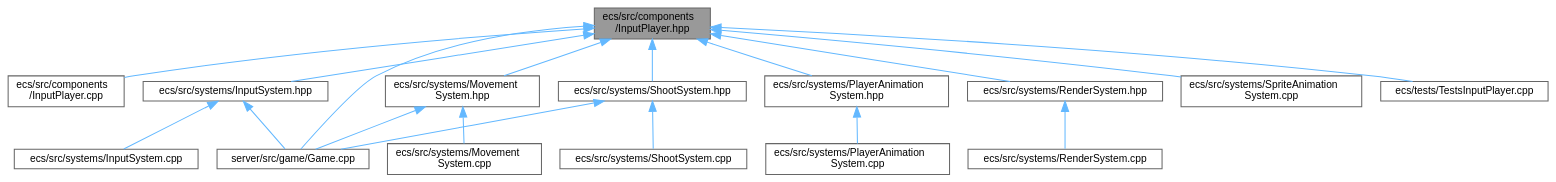
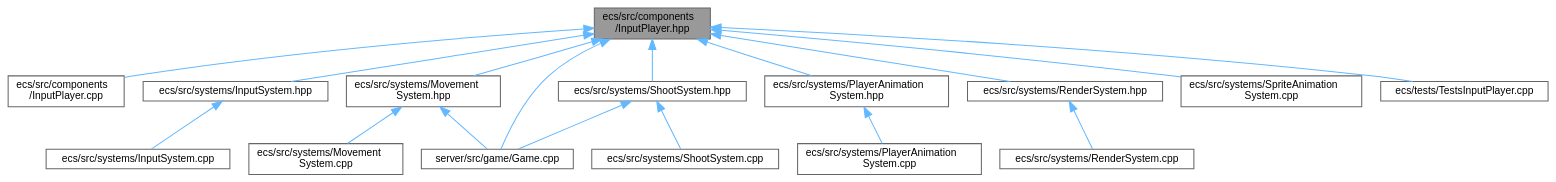
The diagram in InputPlayer_8hpp__dep__incl.dot (Houpsi/R-Type), drawn with Graphviz before and after one commit. The commit also changed 285 other files, not shown here.

```diff
--- a/InputPlayer_8hpp__dep__incl.dot
+++ b/InputPlayer_8hpp__dep__incl.dot
@@ -1,39 +1,38 @@
 digraph "ecs/src/components/InputPlayer.hpp"
 {
  // LATEX_PDF_SIZE
   bgcolor="transparent";
   edge [fontname=Helvetica,fontsize=10,labelfontname=Helvetica,labelfontsize=10];
   node [fontname=Helvetica,fontsize=10,shape=box,height=0.2,width=0.4];
   Node1 [id="Node000001",label="ecs/src/components\l/InputPlayer.hpp",height=0.2,width=0.4,color="gray40", fillcolor="grey60", style="filled", fontcolor="black",tooltip=" "];
   Node1 -> Node2 [id="edge1_Node000001_Node000002",dir="back",color="steelblue1",style="solid",tooltip=" "];
   Node2 [id="Node000002",label="ecs/src/components\l/InputPlayer.cpp",height=0.2,width=0.4,color="grey40", fillcolor="white", style="filled",URL="$InputPlayer_8cpp.html",tooltip=" "];
   Node1 -> Node3 [id="edge2_Node000001_Node000003",dir="back",color="steelblue1",style="solid",tooltip=" "];
   Node3 [id="Node000003",label="ecs/src/systems/InputSystem.hpp",height=0.2,width=0.4,color="grey40", fillcolor="white", style="filled",URL="$InputSystem_8hpp.html",tooltip=" "];
   Node3 -> Node4 [id="edge3_Node000003_Node000004",dir="back",color="steelblue1",style="solid",tooltip=" "];
   Node4 [id="Node000004",label="ecs/src/systems/InputSystem.cpp",height=0.2,width=0.4,color="grey40", fillcolor="white", style="filled",URL="$InputSystem_8cpp.html",tooltip=" "];
-  Node3 -> Node5 [id="edge4_Node000003_Node000005",dir="back",color="steelblue1",style="solid",tooltip=" "];
-  Node5 [id="Node000005",label="server/src/game/Game.cpp",height=0.2,width=0.4,color="grey40", fillcolor="white", style="filled",URL="$Game_8cpp.html",tooltip=" "];
-  Node1 -> Node6 [id="edge5_Node000001_Node000006",dir="back",color="steelblue1",style="solid",tooltip=" "];
-  Node6 [id="Node000006",label="ecs/src/systems/Movement\lSystem.hpp",height=0.2,width=0.4,color="grey40", fillcolor="white", style="filled",URL="$MovementSystem_8hpp.html",tooltip=" "];
-  Node6 -> Node7 [id="edge6_Node000006_Node000007",dir="back",color="steelblue1",style="solid",tooltip=" "];
-  Node7 [id="Node000007",label="ecs/src/systems/Movement\lSystem.cpp",height=0.2,width=0.4,color="grey40", fillcolor="white", style="filled",URL="$MovementSystem_8cpp.html",tooltip=" "];
-  Node6 -> Node5 [id="edge7_Node000006_Node000005",dir="back",color="steelblue1",style="solid",tooltip=" "];
-  Node1 -> Node8 [id="edge8_Node000001_Node000008",dir="back",color="steelblue1",style="solid",tooltip=" "];
+  Node1 -> Node5 [id="edge4_Node000001_Node000005",dir="back",color="steelblue1",style="solid",tooltip=" "];
+  Node5 [id="Node000005",label="ecs/src/systems/Movement\lSystem.hpp",height=0.2,width=0.4,color="grey40", fillcolor="white", style="filled",URL="$MovementSystem_8hpp.html",tooltip=" "];
+  Node5 -> Node6 [id="edge5_Node000005_Node000006",dir="back",color="steelblue1",style="solid",tooltip=" "];
+  Node6 [id="Node000006",label="ecs/src/systems/Movement\lSystem.cpp",height=0.2,width=0.4,color="grey40", fillcolor="white", style="filled",URL="$MovementSystem_8cpp.html",tooltip=" "];
+  Node5 -> Node7 [id="edge6_Node000005_Node000007",dir="back",color="steelblue1",style="solid",tooltip=" "];
+  Node7 [id="Node000007",label="server/src/game/Game.cpp",height=0.2,width=0.4,color="grey40", fillcolor="white", style="filled",URL="$Game_8cpp.html",tooltip=" "];
+  Node1 -> Node8 [id="edge7_Node000001_Node000008",dir="back",color="steelblue1",style="solid",tooltip=" "];
   Node8 [id="Node000008",label="ecs/src/systems/PlayerAnimation\lSystem.hpp",height=0.2,width=0.4,color="grey40", fillcolor="white", style="filled",URL="$PlayerAnimationSystem_8hpp.html",tooltip=" "];
-  Node8 -> Node9 [id="edge9_Node000008_Node000009",dir="back",color="steelblue1",style="solid",tooltip=" "];
+  Node8 -> Node9 [id="edge8_Node000008_Node000009",dir="back",color="steelblue1",style="solid",tooltip=" "];
   Node9 [id="Node000009",label="ecs/src/systems/PlayerAnimation\lSystem.cpp",height=0.2,width=0.4,color="grey40", fillcolor="white", style="filled",URL="$PlayerAnimationSystem_8cpp.html",tooltip=" "];
-  Node1 -> Node10 [id="edge10_Node000001_Node000010",dir="back",color="steelblue1",style="solid",tooltip=" "];
+  Node1 -> Node10 [id="edge9_Node000001_Node000010",dir="back",color="steelblue1",style="solid",tooltip=" "];
   Node10 [id="Node000010",label="ecs/src/systems/RenderSystem.hpp",height=0.2,width=0.4,color="grey40", fillcolor="white", style="filled",URL="$RenderSystem_8hpp.html",tooltip=" "];
-  Node10 -> Node11 [id="edge11_Node000010_Node000011",dir="back",color="steelblue1",style="solid",tooltip=" "];
+  Node10 -> Node11 [id="edge10_Node000010_Node000011",dir="back",color="steelblue1",style="solid",tooltip=" "];
   Node11 [id="Node000011",label="ecs/src/systems/RenderSystem.cpp",height=0.2,width=0.4,color="grey40", fillcolor="white", style="filled",URL="$RenderSystem_8cpp.html",tooltip=" "];
-  Node1 -> Node12 [id="edge12_Node000001_Node000012",dir="back",color="steelblue1",style="solid",tooltip=" "];
+  Node1 -> Node12 [id="edge11_Node000001_Node000012",dir="back",color="steelblue1",style="solid",tooltip=" "];
   Node12 [id="Node000012",label="ecs/src/systems/ShootSystem.hpp",height=0.2,width=0.4,color="grey40", fillcolor="white", style="filled",URL="$ShootSystem_8hpp.html",tooltip=" "];
-  Node12 -> Node13 [id="edge13_Node000012_Node000013",dir="back",color="steelblue1",style="solid",tooltip=" "];
+  Node12 -> Node13 [id="edge12_Node000012_Node000013",dir="back",color="steelblue1",style="solid",tooltip=" "];
   Node13 [id="Node000013",label="ecs/src/systems/ShootSystem.cpp",height=0.2,width=0.4,color="grey40", fillcolor="white", style="filled",URL="$ShootSystem_8cpp.html",tooltip=" "];
-  Node12 -> Node5 [id="edge14_Node000012_Node000005",dir="back",color="steelblue1",style="solid",tooltip=" "];
-  Node1 -> Node14 [id="edge15_Node000001_Node000014",dir="back",color="steelblue1",style="solid",tooltip=" "];
+  Node12 -> Node7 [id="edge13_Node000012_Node000007",dir="back",color="steelblue1",style="solid",tooltip=" "];
+  Node1 -> Node14 [id="edge14_Node000001_Node000014",dir="back",color="steelblue1",style="solid",tooltip=" "];
   Node14 [id="Node000014",label="ecs/src/systems/SpriteAnimation\lSystem.cpp",height=0.2,width=0.4,color="grey40", fillcolor="white", style="filled",URL="$SpriteAnimationSystem_8cpp.html",tooltip=" "];
-  Node1 -> Node15 [id="edge16_Node000001_Node000015",dir="back",color="steelblue1",style="solid",tooltip=" "];
+  Node1 -> Node15 [id="edge15_Node000001_Node000015",dir="back",color="steelblue1",style="solid",tooltip=" "];
   Node15 [id="Node000015",label="ecs/tests/TestsInputPlayer.cpp",height=0.2,width=0.4,color="grey40", fillcolor="white", style="filled",URL="$TestsInputPlayer_8cpp.html",tooltip=" "];
-  Node1 -> Node5 [id="edge17_Node000001_Node000005",dir="back",color="steelblue1",style="solid",tooltip=" "];
+  Node1 -> Node7 [id="edge16_Node000001_Node000007",dir="back",color="steelblue1",style="solid",tooltip=" "];
 }
```
